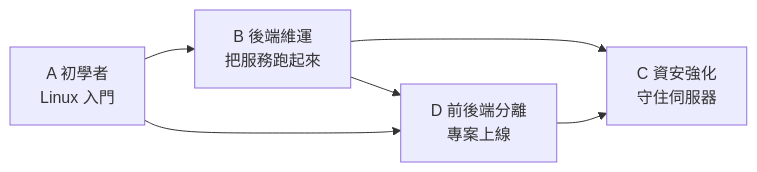
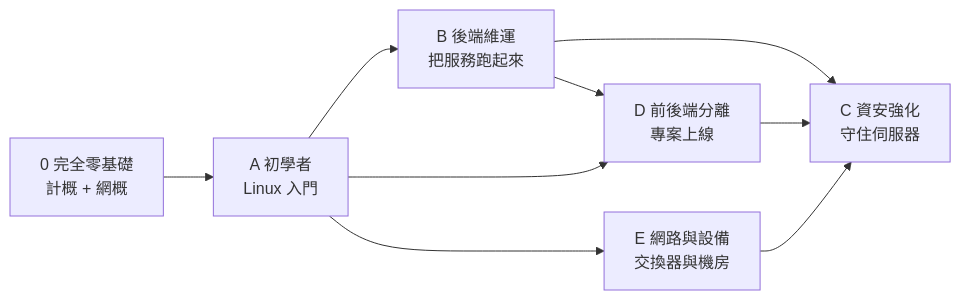
Before and after one commit to Information-Study/Tutorial: the diagram in 00-索引/01-學習路徑.md, drawn with Mermaid. The commit also changed other lines of this file, not shown here.

Commit message:
docs(索引): 學習路徑新增路線 0（完全零基礎）

````diff
--- a/00-索引/01-學習路徑.md
+++ b/00-索引/01-學習路徑.md
@@ -23,8 +28,11 @@
 ```mermaid
 flowchart LR
-    A[A 初學者<br/>Linux 入門] --> B[B 後端維運<br/>把服務跑起來]
+    Z[0 完全零基礎<br/>計概 + 網概] --> A[A 初學者<br/>Linux 入門]
+    A --> B[B 後端維運<br/>把服務跑起來]
     A --> D[D 前後端分離<br/>專案上線]
+    A --> E[E 網路與設備<br/>交換器與機房]
     B --> C[C 資安強化<br/>守住伺服器]
+    E --> C
     B --> D
     D --> C
 ```
````
